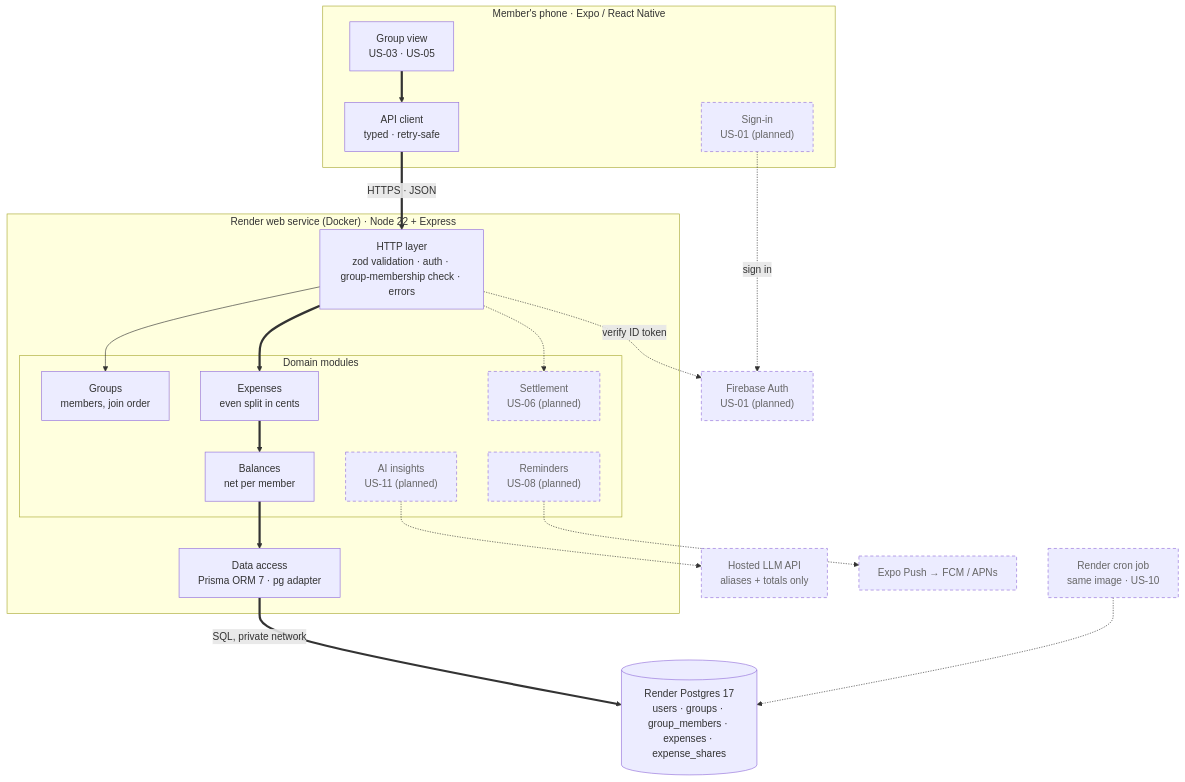
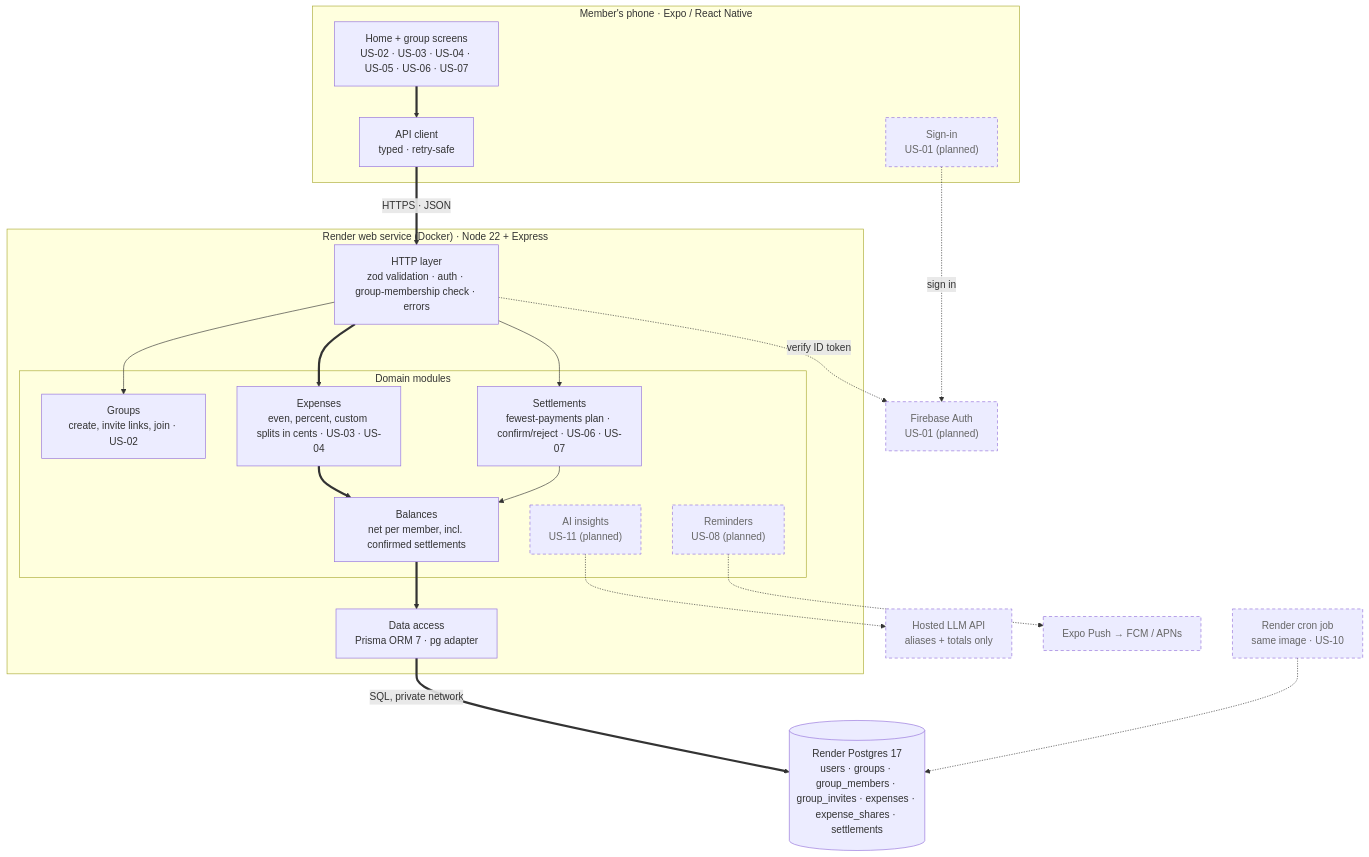
One commit to no-ad-technologies/BudgetSplit changed the diagram in docs/architecture.md. Above: the diagram before and after it, drawn with Mermaid. The commit also changed other lines of this file and 15 other files, not shown here.

````diff
--- a/docs/architecture.md
+++ b/docs/architecture.md
@@ -13,39 +13,40 @@
 ```mermaid
 flowchart TB
   subgraph phone["Member's phone · Expo / React Native"]
-    GV["Group view<br/>US-03 · US-05"]
+    GV["Home + group screens<br/>US-02 · US-03 · US-04 · US-05 · US-06 · US-07"]
     AC["API client<br/>typed · retry-safe"]
     SI["Sign-in<br/>US-01 (planned)"]
   end
 
   subgraph api["Render web service (Docker) · Node 22 + Express"]
     HTTP["HTTP layer<br/>zod validation · auth · group-membership check · errors"]
     subgraph modules["Domain modules"]
-      GR["Groups<br/>members, join order"]
-      EX["Expenses<br/>even split in cents"]
-      BA["Balances<br/>net per member"]
-      ST["Settlement<br/>US-06 (planned)"]
+      GR["Groups<br/>create, invite links, join · US-02"]
+      EX["Expenses<br/>even, percent, custom splits in cents · US-03 · US-04"]
+      BA["Balances<br/>net per member, incl. confirmed settlements"]
+      ST["Settlements<br/>fewest-payments plan · confirm/reject · US-06 · US-07"]
       AI["AI insights<br/>US-11 (planned)"]
       RE["Reminders<br/>US-08 (planned)"]
     end
     DA["Data access<br/>Prisma ORM 7 · pg adapter"]
   end
 
-  PG[("Render Postgres 17<br/>users · groups · group_members · expenses · expense_shares")]
+  PG[("Render Postgres 17<br/>users · groups · group_members · group_invites · expenses · expense_shares · settlements")]
   FB["Firebase Auth<br/>US-01 (planned)"]
   LLM["Hosted LLM API<br/>aliases + totals only"]
   PUSH["Expo Push → FCM / APNs"]
   CRON["Render cron job<br/>same image · US-10"]
 
   GV ==> AC ==>|HTTPS · JSON| HTTP ==> EX ==> BA ==> DA ==>|SQL, private network| PG
   HTTP --> GR
-  HTTP -.-> ST
+  HTTP --> ST
+  ST --> BA
   SI -.->|sign in| FB
   HTTP -.->|verify ID token| FB
   AI -.-> LLM
   RE -.-> PUSH
   CRON -.-> PG
 
   classDef planned stroke-dasharray: 5 4,color:#666;
-  class SI,ST,AI,RE,FB,LLM,PUSH,CRON planned;
+  class SI,AI,RE,FB,LLM,PUSH,CRON planned;
 ```
````
